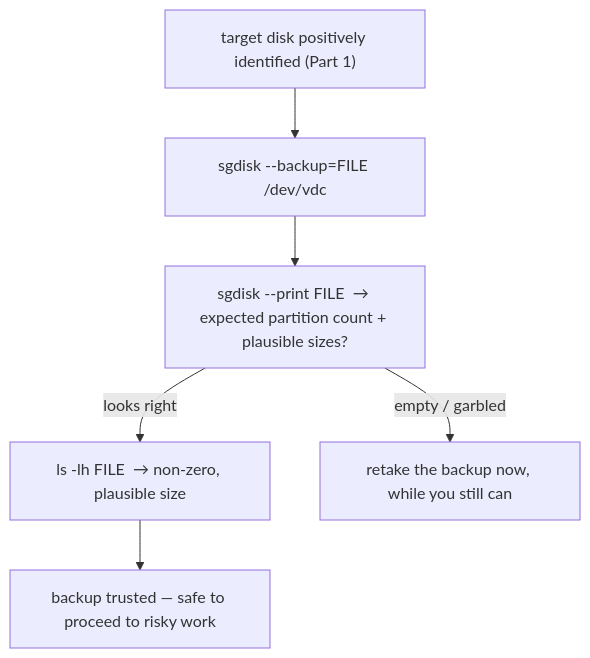
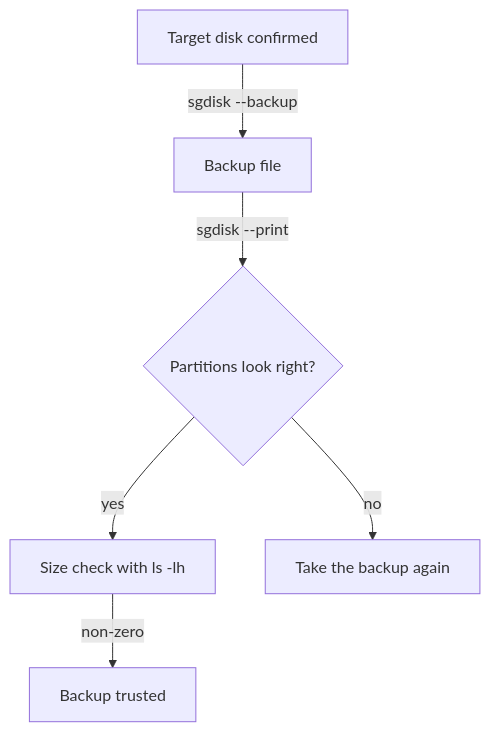
The diagram in sections/section-080/module-03/course-02-backup-and-verify.md (astrona-io/ATS002), drawn with Mermaid before and after one commit. The commit also changed other lines of this file and 615 other files, not shown here.

````diff
--- a/sections/section-080/module-03/course-02-backup-and-verify.md
+++ b/sections/section-080/module-03/course-02-backup-and-verify.md
@@ -41,8 +51,8 @@
 ```mermaid
 flowchart TD
-    ID["target disk positively identified (Part 1)"] --> BK["sgdisk --backup=FILE /dev/vdc"]
-    BK --> PR["sgdisk --print FILE  → expected partition count + plausible sizes?"]
-    PR -->|looks right| SZ["ls -lh FILE  → non-zero, plausible size"]
-    PR -->|empty / garbled| RETAKE["retake the backup now, while you still can"]
-    SZ --> READY["backup trusted — safe to proceed to risky work"]
+    ID["Target disk confirmed"] -->|"sgdisk --backup"| BK["Backup file"]
+    BK -->|"sgdisk --print"| PR{"Partitions look right?"}
+    PR -->|"yes"| SZ["Size check with ls -lh"]
+    PR -->|"no"| RE["Take the backup again"]
+    SZ -->|"non-zero"| OK["Backup trusted"]
 ```
````
